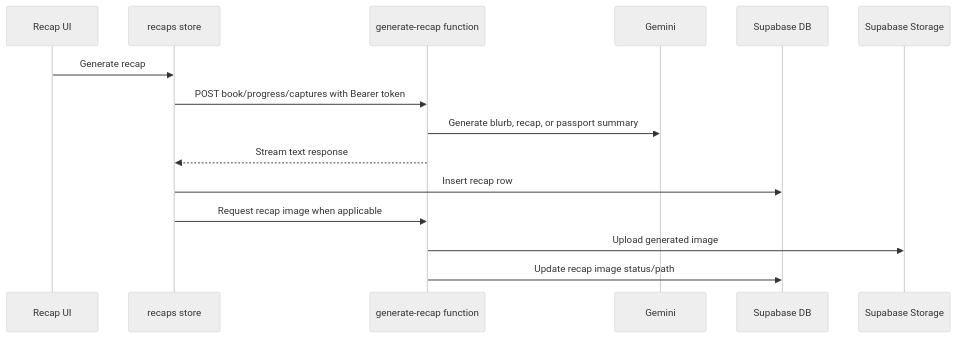
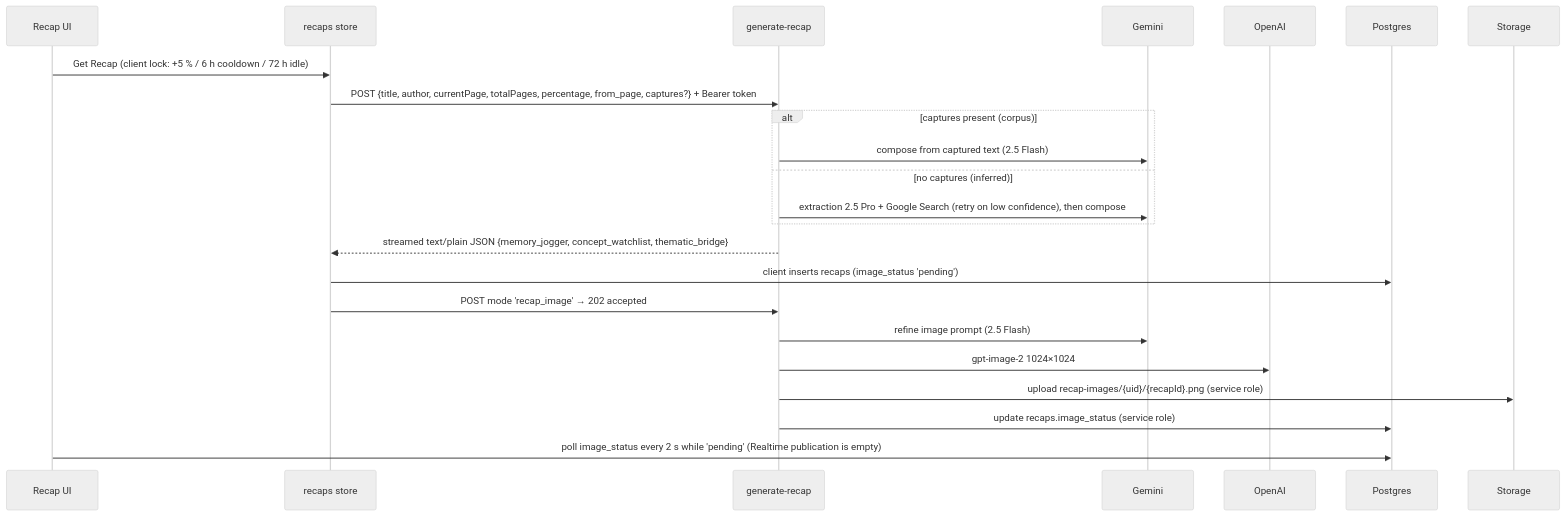
The fourth of 5 diagrams in docs/wiki/Architecture.md (RicardoBernardo870/The-Chronicler), drawn with Mermaid (neutral theme) before and after one commit. The commit also changed other lines of this file and 43 other files, not shown here.

````diff
--- a/docs/wiki/Architecture.md
+++ b/docs/wiki/Architecture.md
@@ -64,18 +327,25 @@
 ```mermaid
 sequenceDiagram
   participant UI as Recap UI
-  participant Store as recaps store
-  participant Edge as generate-recap function
-  participant AI as Gemini
-  participant DB as Supabase DB
-  participant Storage as Supabase Storage
-
-  UI->>Store: Generate recap
-  Store->>Edge: POST book/progress/captures with Bearer token
-  Edge->>AI: Generate blurb, recap, or passport summary
-  Edge-->>Store: Stream text response
-  Store->>DB: Insert recap row
-  Store->>Edge: Request recap image when applicable
-  Edge->>Storage: Upload generated image
-  Edge->>DB: Update recap image status/path
+  participant S as recaps store
+  participant E as generate-recap
+  participant G as Gemini
+  participant O as OpenAI
+  participant DB as Postgres
+  participant ST as Storage
+  UI->>S: Get Recap (client lock: +5 % / 6 h cooldown / 72 h idle)
+  S->>E: POST {title, author, currentPage, totalPages, percentage, from_page, captures?} + Bearer token
+  alt captures present (corpus)
+    E->>G: compose from captured text (2.5 Flash)
+  else no captures (inferred)
+    E->>G: extraction 2.5 Pro + Google Search (retry on low confidence), then compose
+  end
+  E-->>S: streamed text/plain JSON {memory_jogger, concept_watchlist, thematic_bridge}
+  S->>DB: client inserts recaps (image_status 'pending')
+  S->>E: POST mode 'recap_image' → 202 accepted
+  E->>G: refine image prompt (2.5 Flash)
+  E->>O: gpt-image-2 1024×1024
+  E->>ST: upload recap-images/{uid}/{recapId}.png (service role)
+  E->>DB: update recaps.image_status (service role)
+  UI->>DB: poll image_status every 2 s while 'pending' (Realtime publication is empty)
 ```
````
